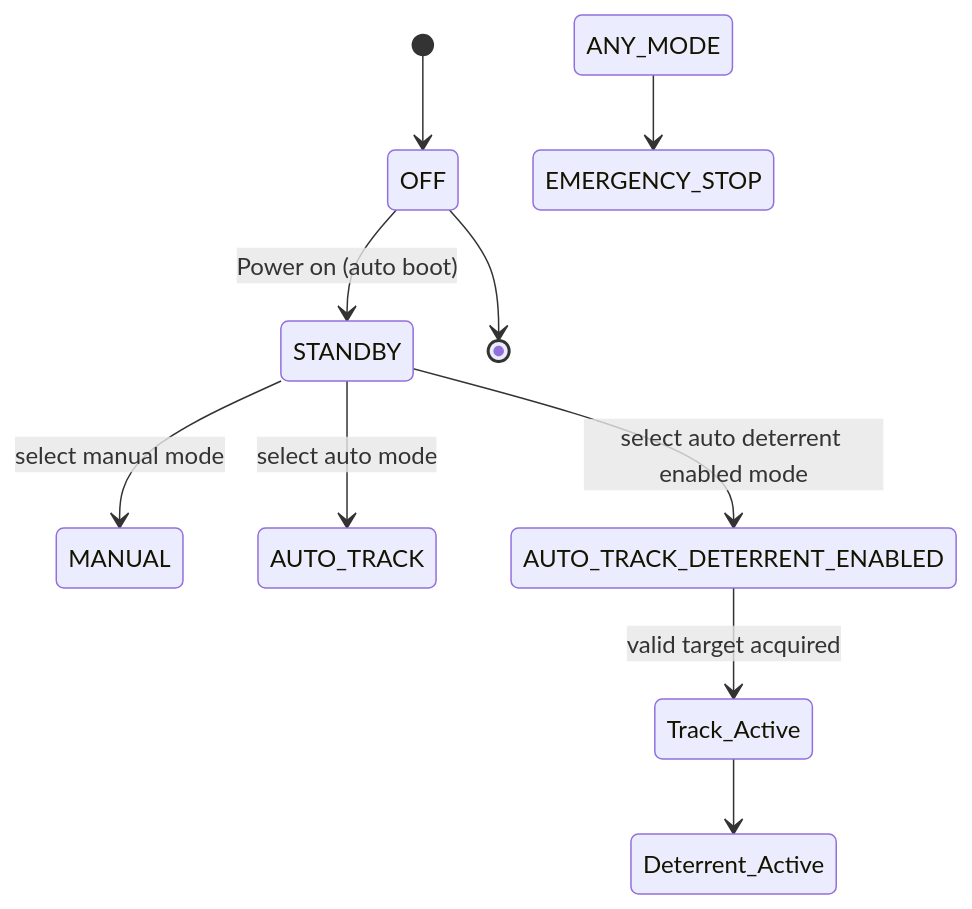
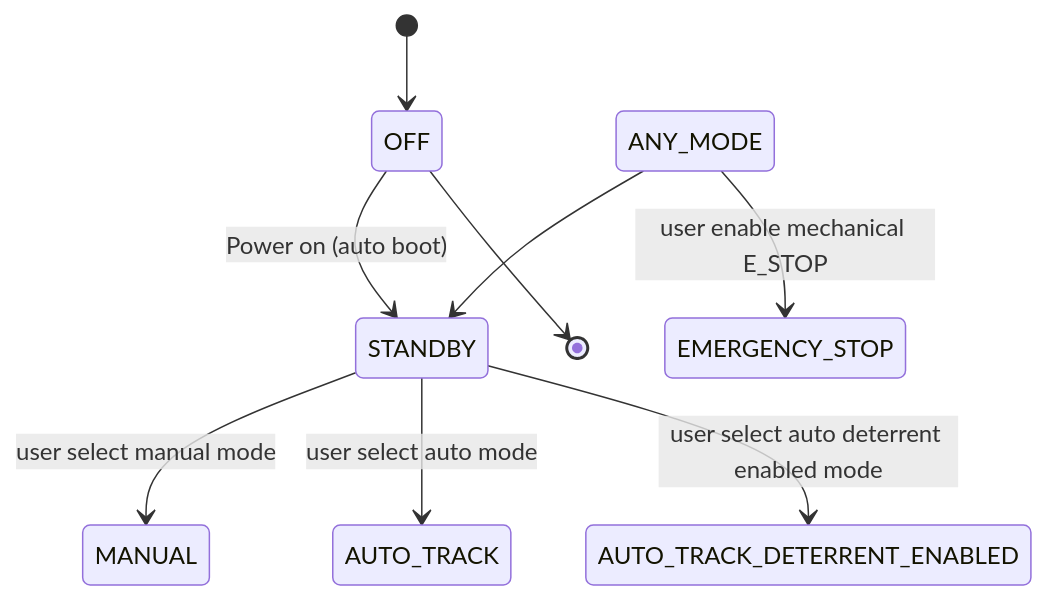
One commit to SashaBrooke/OhPossum changed the first of 2 diagrams in docs/systemsMasterDocument.md. Above: the diagram before and after it, drawn with Mermaid. The commit also changed other lines of this file, not shown here.

````diff
--- a/docs/systemsMasterDocument.md
+++ b/docs/systemsMasterDocument.md
@@ -138,12 +160,12 @@
 ```mermaid
 stateDiagram
   [*] --> OFF
   OFF --> STANDBY: Power on (auto boot)
-  STANDBY --> MANUAL: select manual mode
-  STANDBY --> AUTO_TRACK: select auto mode
-  STANDBY --> AUTO_TRACK_DETERRENT_ENABLED: select auto deterrent enabled mode
-   AUTO_TRACK_DETERRENT_ENABLED --> Track_Active: valid target acquired
-   Track_Active --> Deterrent_Active: 
-  ANY_MODE -->  EMERGENCY_STOP
+  STANDBY --> MANUAL: user select manual mode
+  STANDBY --> AUTO_TRACK: user select auto mode
+  STANDBY --> AUTO_TRACK_DETERRENT_ENABLED: user select auto deterrent enabled mode
+   AUTO_TRACK_DETERRENT_ENABLED
+  ANY_MODE-->STANDBY
+  ANY_MODE -->  EMERGENCY_STOP: user enable mechanical E_STOP
   OFF --> [*]
 ```
````
